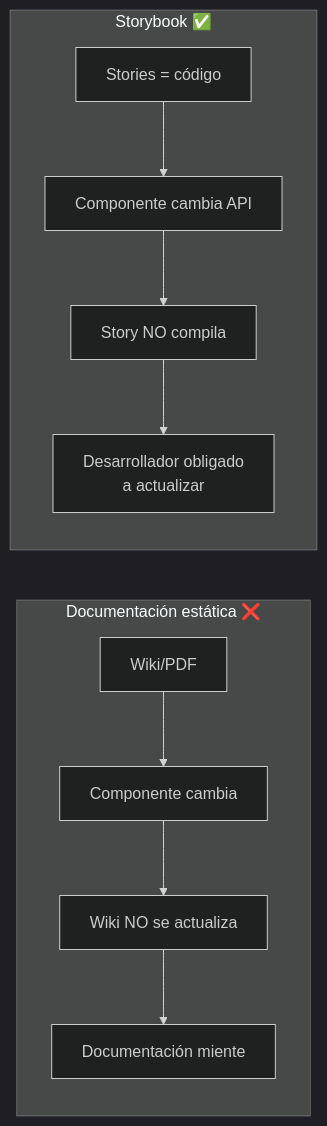
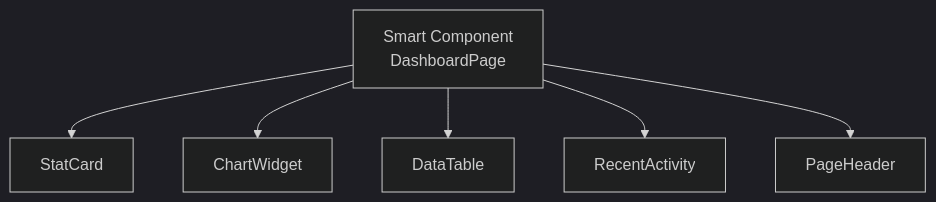
One commit to Jose-Quesada/presentacion-desarrollo-interfaces-26-27 changed the first of 7 diagrams in unidad-10.md. Above: the diagram before and after it, drawn with Mermaid (dark theme). The commit also changed other lines of this file and 52 other files, not shown here.

````diff
--- a/unidad-10.md
+++ b/unidad-10.md
@@ -32,14 +52,8 @@
 ```mermaid
-graph LR
-    subgraph "Documentación estática ❌"
-        A[Wiki/PDF] --> B[Componente cambia]
-        B --> C[Wiki NO se actualiza]
-        C --> D[Documentación miente]
-    end
-    
-    subgraph "Storybook ✅"
-        E[Stories = código] --> F[Componente cambia API]
-        F --> G[Story NO compila]
-        G --> H[Desarrollador obligado<br/>a actualizar]
-    end
+graph TD
+    A[Smart Component<br/>DashboardPage] --> B[StatCard]
+    A --> C[ChartWidget]
+    A --> D[DataTable]
+    A --> E[RecentActivity]
+    A --> F[PageHeader]
 ```
````
